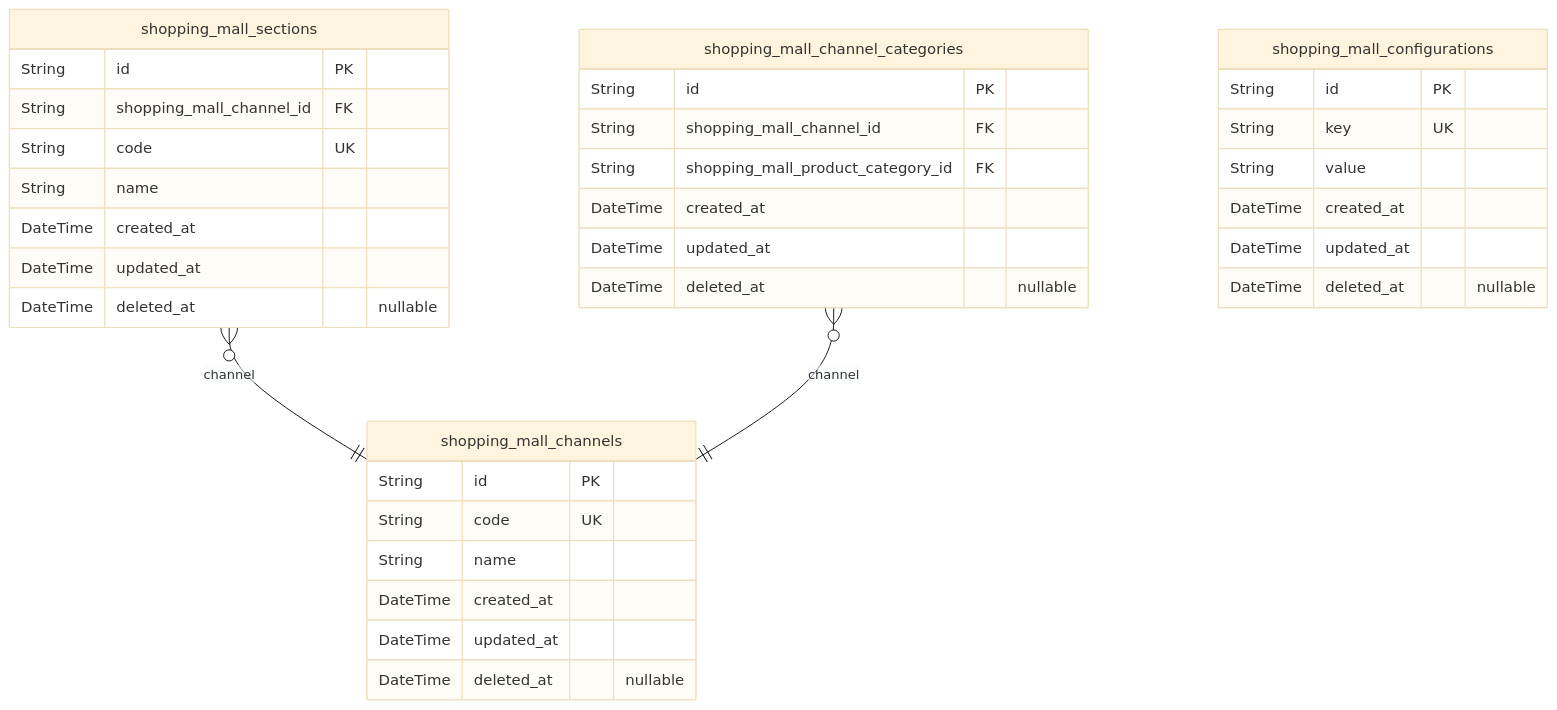
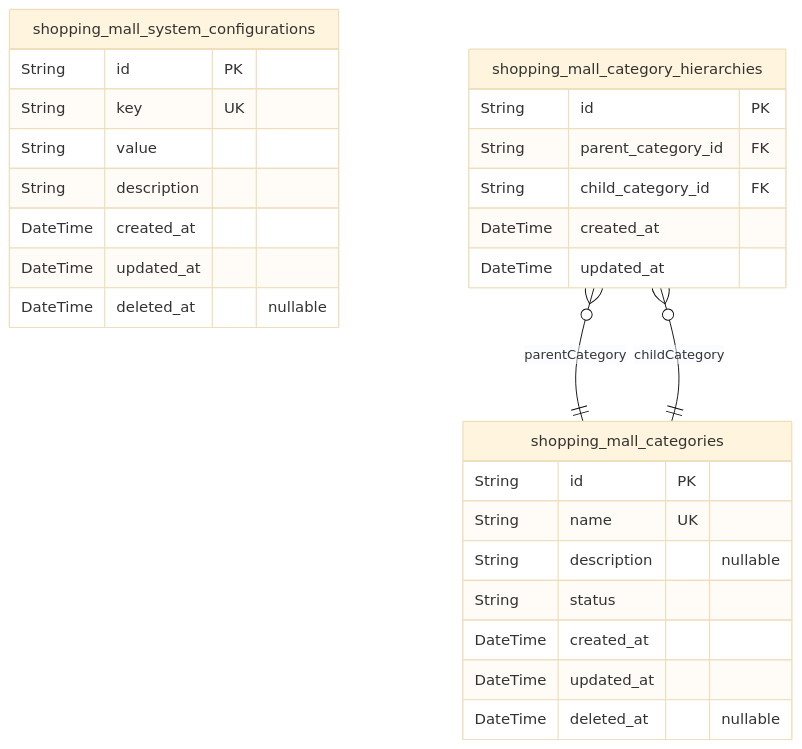
The first of 10 diagrams in openai/gpt-4.1-mini/shopping/docs/ERD.md (wrtnlabs/autobe-examples), drawn with Mermaid (base theme) before and after one commit. The commit also changed other lines of this file and 1553 other files, not shown here.

````diff
--- a/openai/gpt-4.1-mini/shopping/docs/ERD.md
+++ b/openai/gpt-4.1-mini/shopping/docs/ERD.md
@@ -18,38 +18,30 @@
 ```mermaid
 erDiagram
-"shopping_mall_channels" {
+"shopping_mall_system_configurations" {
   String id PK
-  String code UK
-  String name
+  String key UK
+  String value
+  String description
   DateTime created_at
   DateTime updated_at
   DateTime deleted_at "nullable"
 }
-"shopping_mall_sections" {
+"shopping_mall_categories" {
   String id PK
-  String shopping_mall_channel_id FK
-  String code UK
-  String name
+  String name UK
+  String description "nullable"
+  String status
   DateTime created_at
   DateTime updated_at
   DateTime deleted_at "nullable"
 }
-"shopping_mall_channel_categories" {
+"shopping_mall_category_hierarchies" {
   String id PK
-  String shopping_mall_channel_id FK
-  String shopping_mall_product_category_id FK
+  String parent_category_id FK
+  String child_category_id FK
   DateTime created_at
   DateTime updated_at
-  DateTime deleted_at "nullable"
 }
-"shopping_mall_configurations" {
-  String id PK
-  String key UK
-  String value
-  DateTime created_at
-  DateTime updated_at
-  DateTime deleted_at "nullable"
-}
-"shopping_mall_sections" }o--|| "shopping_mall_channels" : channel
-"shopping_mall_channel_categories" }o--|| "shopping_mall_channels" : channel
+"shopping_mall_category_hierarchies" }o--|| "shopping_mall_categories" : parentCategory
+"shopping_mall_category_hierarchies" }o--|| "shopping_mall_categories" : childCategory
 ```
````
